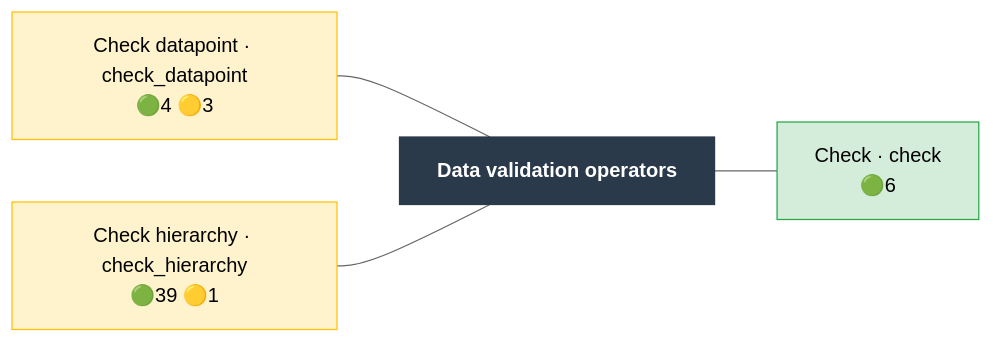
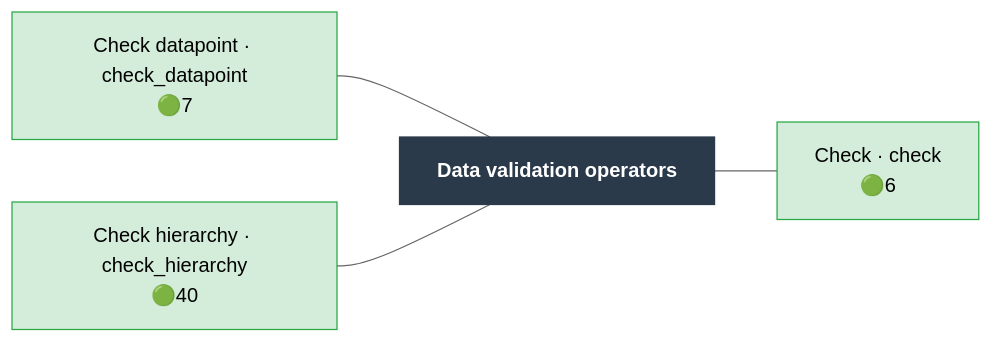
Before and after one commit to Meaningful-Data/vtlengine: the diagram in docs/operator_map/validation/index.rst, drawn with Mermaid (neutral theme). The commit also changed other lines of this file and 100 other files, not shown here.

```diff
--- a/docs/operator_map/validation/index.rst
+++ b/docs/operator_map/validation/index.rst
@@ -24,21 +24,21 @@
 .. mermaid::
    :config: {"flowchart": {"useMaxWidth": false}}
 
    flowchart LR
        classDef ok fill:#d4edda,stroke:#28a745,color:#000
        classDef partial fill:#fff3cd,stroke:#ffc107,color:#000
        classDef refused fill:#d4edda,stroke:#28a745,stroke-width:3px,stroke-dasharray: 2 2,color:#000
        classDef missing fill:#f8d7da,stroke:#dc3545,color:#000
        classDef diverge fill:#cce5ff,stroke:#007bff,color:#000
        classDef block fill:#2b3a4a,stroke:#2b3a4a,color:#fff,font-weight:bold
        classDef ext fill:#fff,stroke:#666,color:#000,stroke-dasharray: 5 5
        B["Data validation operators"]:::block
-       validation__check_datapoint["Check datapoint · check_datapoint<br/>🟢4 🟡3"]:::partial
-       validation__check_hierarchy["Check hierarchy · check_hierarchy<br/>🟢39 🟡1"]:::partial
+       validation__check_datapoint["Check datapoint · check_datapoint<br/>🟢7"]:::ok
+       validation__check_hierarchy["Check hierarchy · check_hierarchy<br/>🟢40"]:::ok
        validation__check["Check · check<br/>🟢6"]:::ok
        validation__check_datapoint --- B
        validation__check_hierarchy --- B
        B --- validation__check
        click validation__check_datapoint href "check_datapoint.html"
        click validation__check_hierarchy href "check_hierarchy.html"
        click validation__check href "check.html"
```
